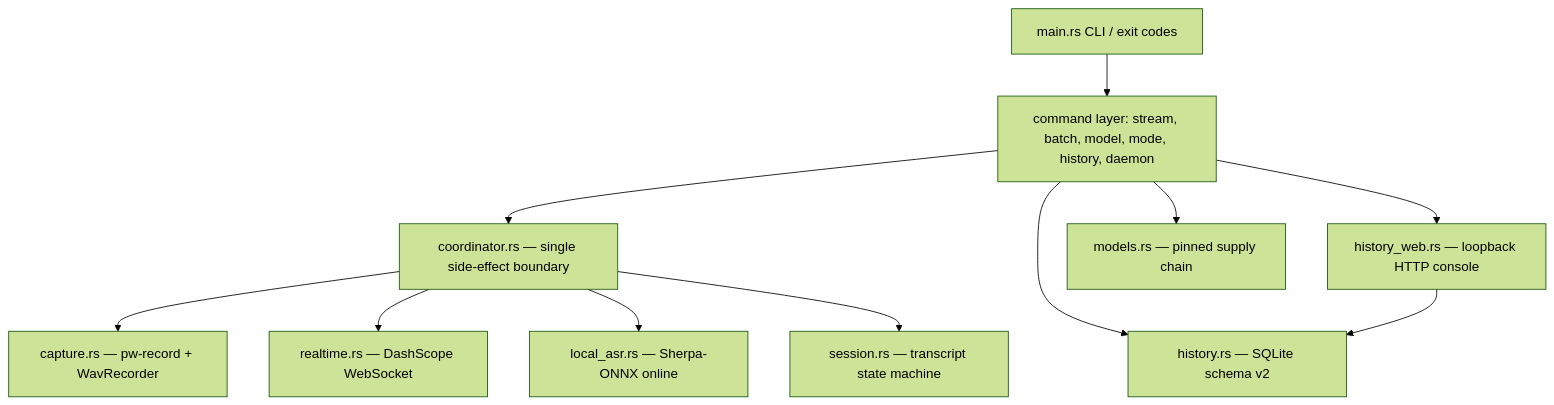
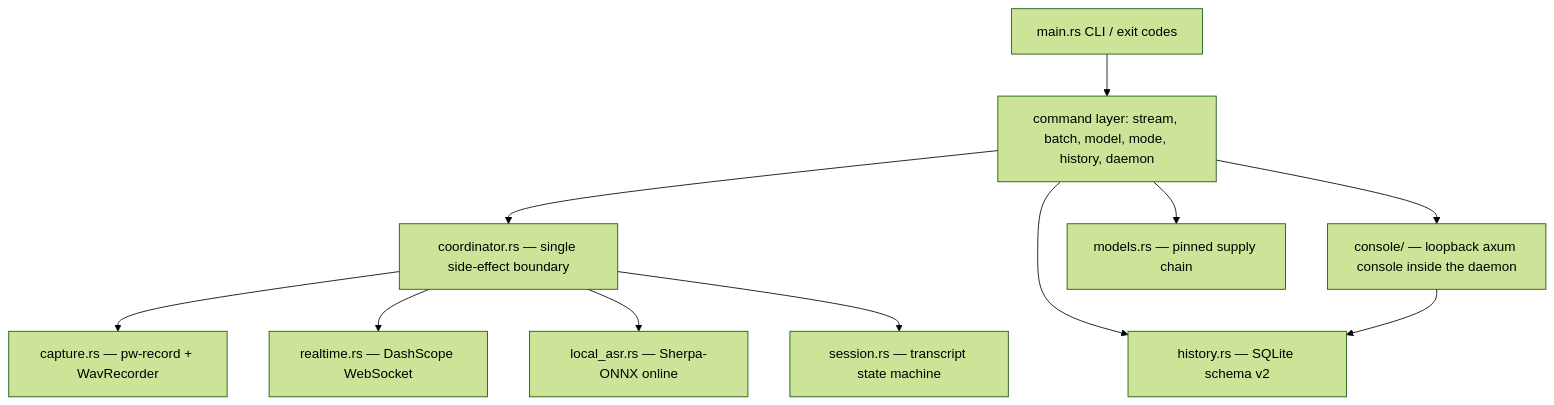
One commit to Vitus213/voiceless changed the diagram in README.md. Above: the diagram before and after it, drawn with Mermaid (forest theme). The commit also changed other lines of this file and 31 other files, not shown here.

First line of the commit message:
feat: web console — live control, settings, models, history tools

````diff
--- a/README.md
+++ b/README.md
@@ -323,13 +319,13 @@
 ```mermaid
 flowchart TB
     main[main.rs CLI / exit codes] --> cmd[command layer: stream, batch, model, mode, history, daemon]
     cmd --> coord[coordinator.rs — single side-effect boundary]
     coord --> cap[capture.rs — pw-record + WavRecorder]
     coord --> rt[realtime.rs — DashScope WebSocket]
     coord --> lasr[local_asr.rs — Sherpa-ONNX online]
     coord --> sess[session.rs — transcript state machine]
     cmd --> hist[history.rs — SQLite schema v2]
-    cmd --> web[history_web.rs — loopback HTTP console]
+    cmd --> web[console/ — loopback axum console inside the daemon]
     cmd --> models[models.rs — pinned supply chain]
     web --> hist
 ```
````
